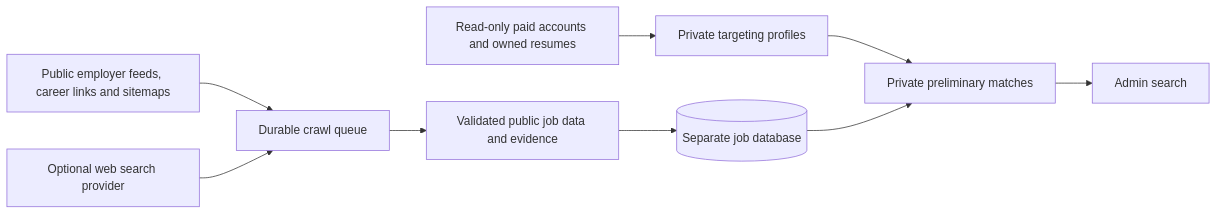
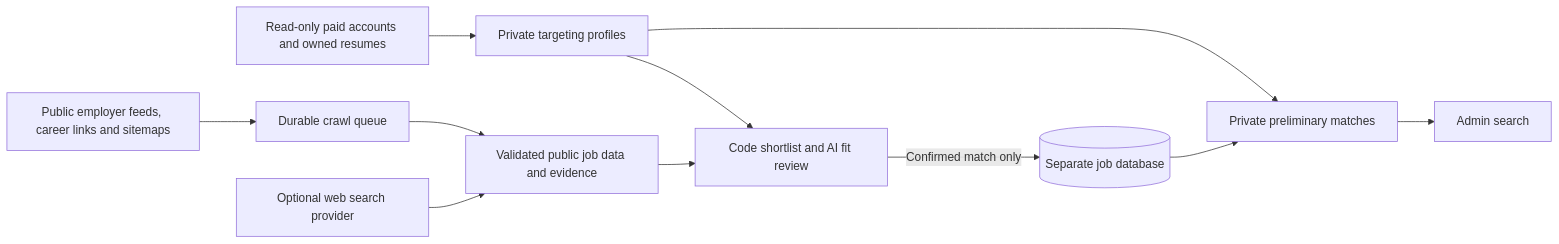
Before and after one commit to Raunak-cloud/myasis: the diagram in docs/job-index.md, drawn with Mermaid. The commit also changed other lines of this file and 16 other files, not shown here.

````diff
--- a/docs/job-index.md
+++ b/docs/job-index.md
@@ -5,11 +5,13 @@
 ```mermaid
 flowchart LR
   A[Read-only paid accounts and owned resumes] --> B[Private targeting profiles]
   C[Public employer feeds, career links and sitemaps] --> D[Durable crawl queue]
-  E[Optional web search provider] --> D
+  E[Optional web search provider] --> F
   D --> F[Validated public job data and evidence]
-  F --> G[(Separate job database)]
+  F --> R[Code shortlist and AI fit review]
+  B --> R
+  R -->|Confirmed match only| G[(Separate job database)]
   B --> H[Private preliminary matches]
   G --> H
   H --> I[Admin search]
 ```
````
